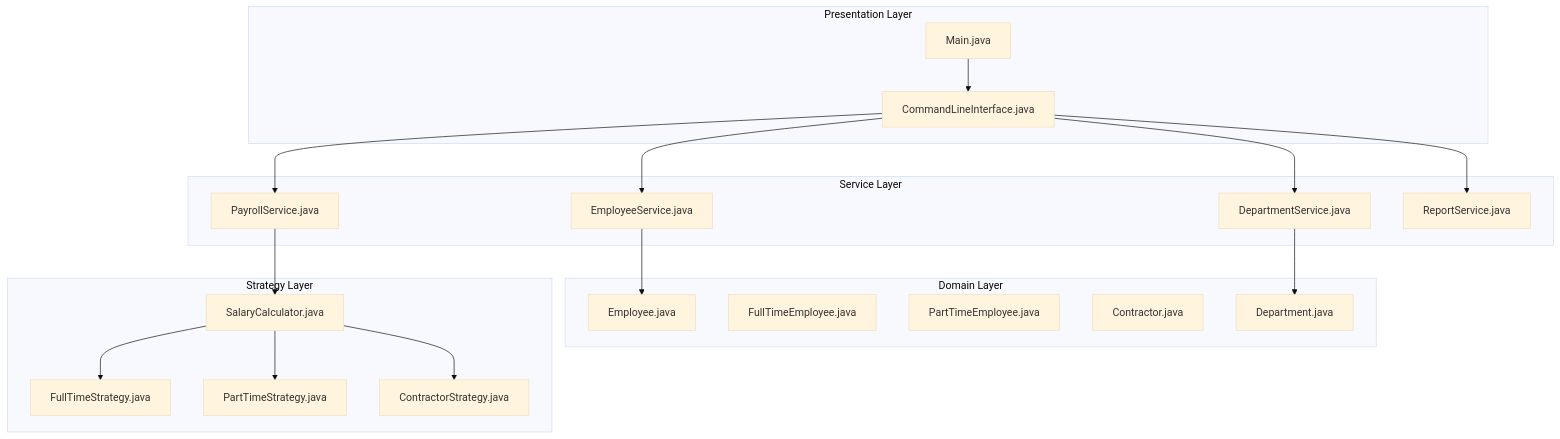
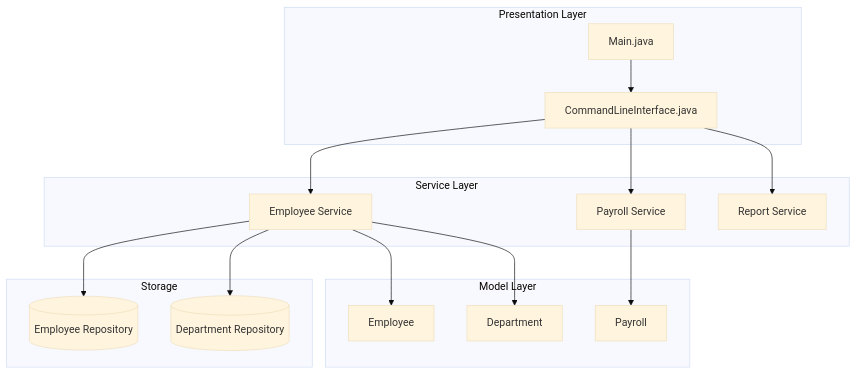
Before and after one commit to javaengineeringacademy/java-engineering-academy: the first of 2 diagrams in 01-programming-languages/Java/02-oop/33-mini-projects/intermediate/employee-management/README.md, drawn with Mermaid (base theme). The commit also changed other lines of this file and 48 other files, not shown here.

First line of the commit message:
fix: final polish for 10/10 - split long READMEs, fix duplicates, add diagrams

````diff
--- a/01-programming-languages/Java/02-oop/33-mini-projects/intermediate/employee-management/README.md
+++ b/01-programming-languages/Java/02-oop/33-mini-projects/intermediate/employee-management/README.md
@@ -45,41 +45,34 @@
 ```mermaid
 graph TB
     subgraph Presentation Layer
         Main[Main.java]
         CLI[CommandLineInterface.java]
     end
     
     subgraph Service Layer
-        ES[EmployeeService.java]
-        DS[DepartmentService.java]
-        PS[PayrollService.java]
-        RS[ReportService.java]
+        EmployeeService[Employee Service]
+        PayrollService[Payroll Service]
+        ReportService[Report Service]
     end
     
-    subgraph Domain Layer
-        E[Employee.java]
-        FT[FullTimeEmployee.java]
-        PT[PartTimeEmployee.java]
-        C[Contractor.java]
-        D[Department.java]
+    subgraph Model Layer
+        Employee[Employee]
+        Department[Department]
+        Payroll[Payroll]
     end
     
-    subgraph Strategy Layer
-        SC[SalaryCalculator.java]
-        FS[FullTimeStrategy.java]
-        PS2[PartTimeStrategy.java]
-        CS[ContractorStrategy.java]
+    subgraph Storage
+        EmployeeDB[(Employee Repository)]
+        DepartmentDB[(Department Repository)]
     end
     
     Main --> CLI
-    CLI --> ES
-    CLI --> DS
-    CLI --> PS
-    CLI --> RS
-    ES --> E
-    DS --> D
-    PS --> SC
-    SC --> FS
-    SC --> PS2
-    SC --> CS
+    CLI --> EmployeeService
+    CLI --> PayrollService
+    CLI --> ReportService
+    EmployeeService --> Employee
+    EmployeeService --> Department
+    PayrollService --> Payroll
+    EmployeeService --> EmployeeDB
+    EmployeeService --> DepartmentDB
 ```
````
